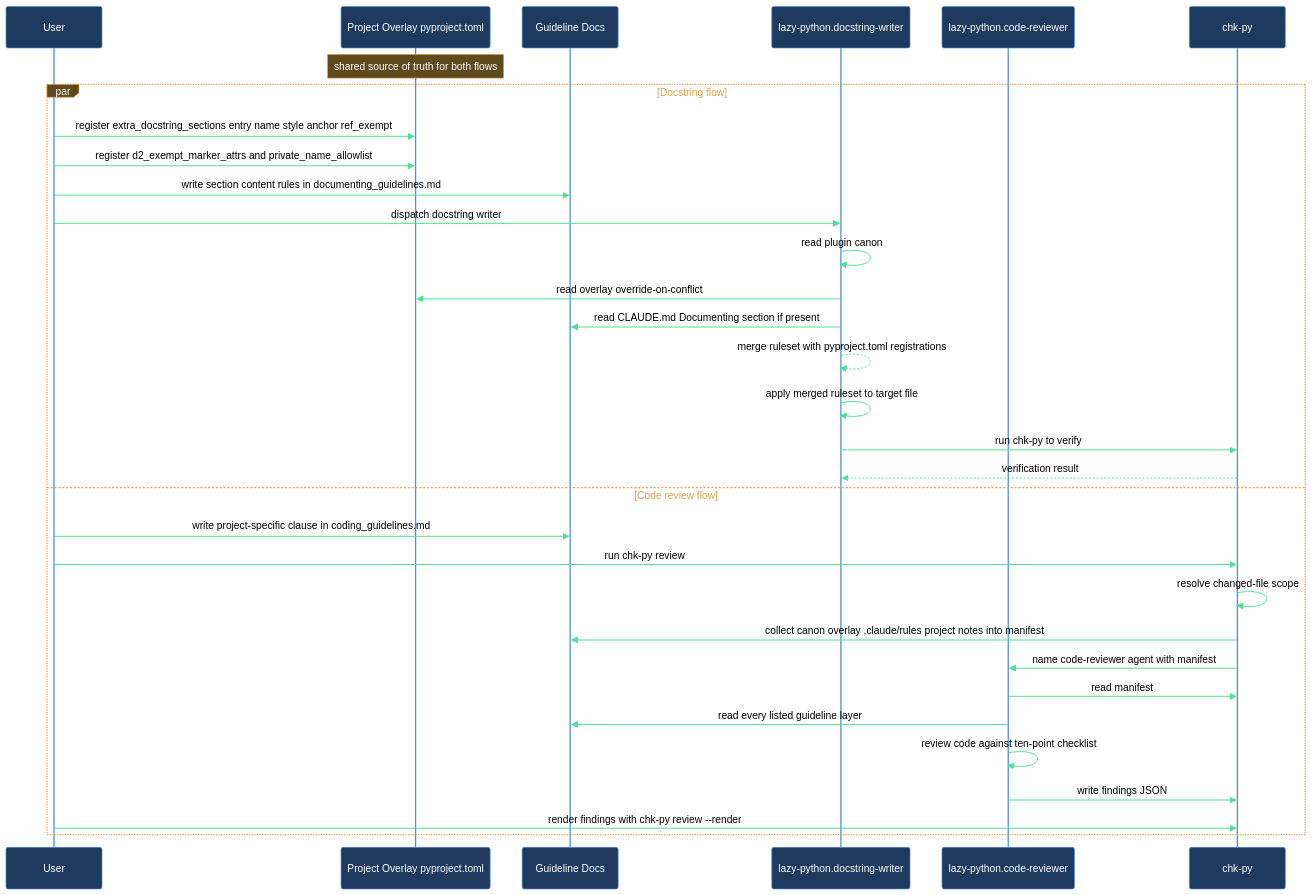
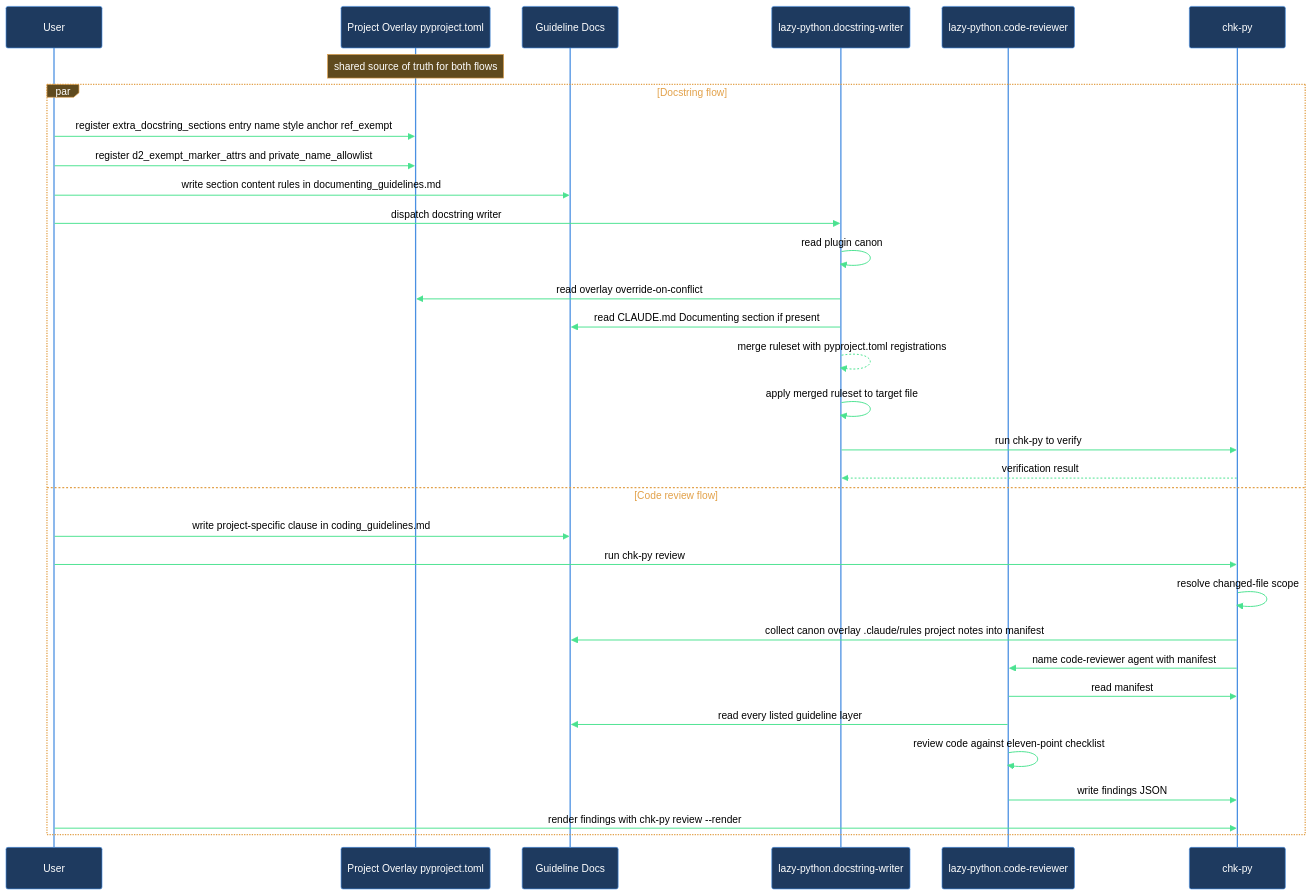
Before and after one commit to mebius-san/lazy-cortex: the diagram in claude/lazycortex-python/help/walkthroughs/add-project-overlay.md, drawn with Mermaid. The commit also changed other lines of this file and 34 other files, not shown here.

````diff
--- a/claude/lazycortex-python/help/walkthroughs/add-project-overlay.md
+++ b/claude/lazycortex-python/help/walkthroughs/add-project-overlay.md
@@ -117,37 +118,37 @@
 ```mermaid
 %%{init: {'themeVariables':{'background':'transparent','primaryColor':'#1e3a5f','primaryBorderColor':'#4a90e2','primaryTextColor':'#fff','lineColor':'#4ae290','actorBkg':'#1e3a5f','actorBorder':'#4a90e2','actorTextColor':'#fff','actorLineColor':'#4a90e2','signalColor':'#4ae290','signalTextColor':'#000','noteBkgColor':'#5f4a1e','noteBorderColor':'#e2a14a','noteTextColor':'#fff','labelBoxBkgColor':'#5f4a1e','labelBoxBorderColor':'#e2a14a','labelTextColor':'#fff','loopTextColor':'#e2a14a'},'sequence':{'diagramPadding':5,'useMaxWidth':true}}}%%
 sequenceDiagram
   participant user as User
   participant overlay as Project Overlay pyproject.toml
   participant guidelines as Guideline Docs
   participant writer as lazy-python.docstring-writer
   participant reviewer as lazy-python.code-reviewer
   participant chkpy as chk-py
 
   Note over overlay: shared source of truth for both flows
 
   par Docstring flow
     user->>overlay: register extra_docstring_sections entry name style anchor ref_exempt
     user->>overlay: register d2_exempt_marker_attrs and private_name_allowlist
     user->>guidelines: write section content rules in documenting_guidelines.md
     user->>writer: dispatch docstring writer
     writer->>writer: read plugin canon
     writer->>overlay: read overlay override-on-conflict
     writer->>guidelines: read CLAUDE.md Documenting section if present
     writer-->>writer: merge ruleset with pyproject.toml registrations
     writer->>writer: apply merged ruleset to target file
     writer->>chkpy: run chk-py to verify
     chkpy-->>writer: verification result
   and Code review flow
     user->>guidelines: write project-specific clause in coding_guidelines.md
     user->>chkpy: run chk-py review
     chkpy->>chkpy: resolve changed-file scope
     chkpy->>guidelines: collect canon overlay .claude/rules project notes into manifest
     chkpy->>reviewer: name code-reviewer agent with manifest
     reviewer->>chkpy: read manifest
     reviewer->>guidelines: read every listed guideline layer
-    reviewer->>reviewer: review code against ten-point checklist
+    reviewer->>reviewer: review code against eleven-point checklist
     reviewer->>chkpy: write findings JSON
     user->>chkpy: render findings with chk-py review --render
   end
 ```
````
